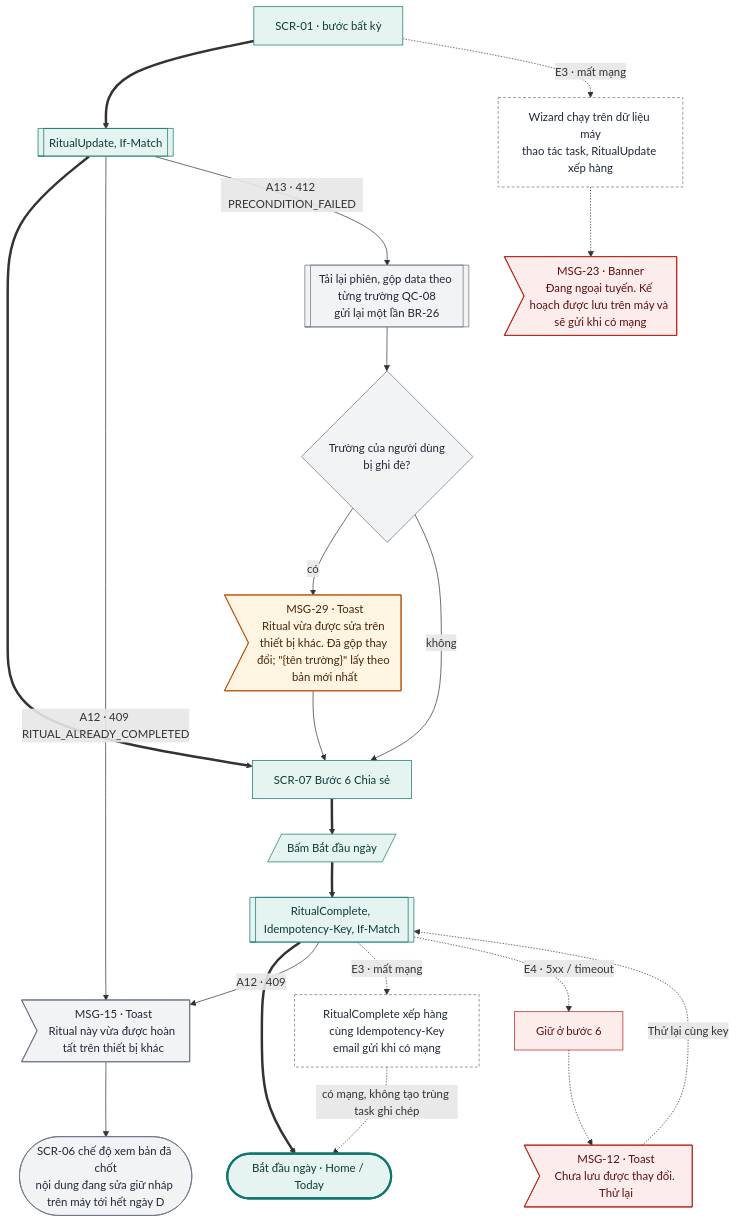
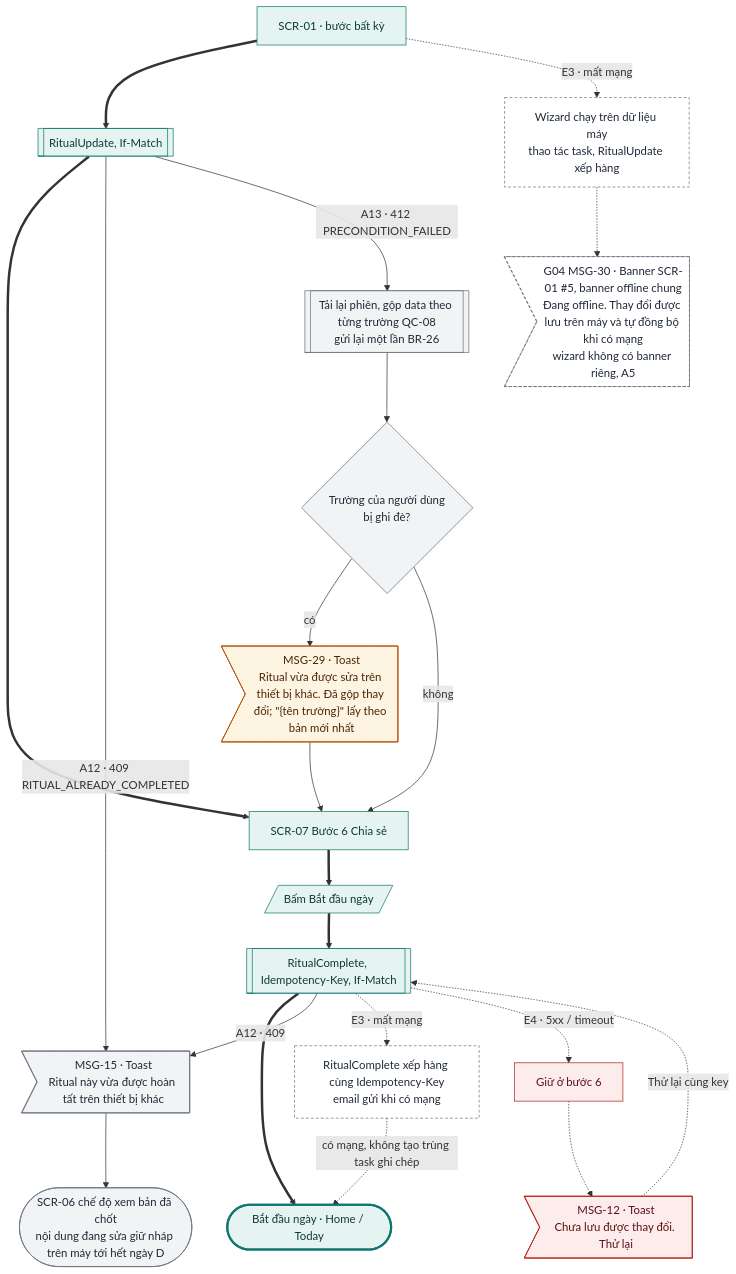
The sixth of 18 diagrams in docs/design-brief/flow/g08-daily-rituals.md (tannguyenho/personal-app), drawn with Mermaid before and after one commit. The commit also changed other lines of this file and 5 other files, not shown here.

First line of the commit message:
docs(G08, G12): áp quyết định PO 09/11 vào SRS, PRD, flow

````diff
--- a/docs/design-brief/flow/g08-daily-rituals.md
+++ b/docs/design-brief/flow/g08-daily-rituals.md
@@ -244,43 +251,43 @@
 ```mermaid
 flowchart TD
   s1["SCR-01 · bước bất kỳ"]
   pu[["RitualUpdate, If-Match"]]
   s6["SCR-07 Bước 6 Chia sẻ"]
   u7[/"Bấm Bắt đầu ngày"/]
   p7[["RitualComplete, Idempotency-Key, If-Match"]]
   ok(["Bắt đầu ngày · Home / Today"])
   s1 ==> pu ==> s6 ==> u7 ==> p7 ==> ok
 
   pu -->|"A12 · 409 RITUAL_ALREADY_COMPLETED"| a12m>"MSG-15 · Toast<br/>Ritual này vừa được hoàn tất trên thiết bị khác"]
   p7 -->|"A12 · 409"| a12m
   a12m --> a12(["SCR-06 chế độ xem bản đã chốt<br/>nội dung đang sửa giữ nháp trên máy tới hết ngày D"])
   pu -->|"A13 · 412 PRECONDITION_FAILED"| a13[["Tải lại phiên, gộp data theo từng trường QC-08<br/>gửi lại một lần BR-26"]]
   a13 --> d13{"Trường của người dùng<br/>bị ghi đè?"}
   d13 -->|"có"| a13m>"MSG-29 · Toast<br/>Ritual vừa được sửa trên thiết bị khác. Đã gộp thay đổi; #quot;{tên trường}#quot; lấy theo bản mới nhất"]
   d13 -->|"không"| s6
   a13m --> s6
 
   s1 -.->|"E3 · mất mạng"| e3["Wizard chạy trên dữ liệu máy<br/>thao tác task, RitualUpdate xếp hàng"]
-  e3 -.-> e3m>"MSG-23 · Banner<br/>Đang ngoại tuyến. Kế hoạch được lưu trên máy và sẽ gửi khi có mạng"]
+  e3 -.-> e3m>"G04 MSG-30 · Banner SCR-01 #5, banner offline chung<br/>Đang offline. Thay đổi được lưu trên máy và tự đồng bộ khi có mạng<br/>wizard không có banner riêng, A5"]
   p7 -.->|"E3 · mất mạng"| e3q["RitualComplete xếp hàng cùng Idempotency-Key<br/>email gửi khi có mạng"]
   e3q -.->|"có mạng, không tạo trùng task ghi chép"| ok
   p7 -.->|"E4 · 5xx / timeout"| e4["Giữ ở bước 6"]
   e4 -.-> e4m>"MSG-12 · Toast<br/>Chưa lưu được thay đổi. Thử lại"]
   e4m -.->|"Thử lại cùng key"| p7
 
   class s1,pu,s6,u7,p7 happy
   class a12m,a12,a13,d13 alt
   class a13m warn
-  class e3,e3q sync
-  class e3m,e4,e4m err
+  class e3,e3q,e3m sync
+  class e4,e4m err
   class ok done
   classDef happy fill:#E6F4F1,stroke:#0F766E,color:#0B3B36
   classDef alt fill:#F1F3F5,stroke:#6B7280,color:#1F2937
   classDef err fill:#FDECEC,stroke:#B42318,color:#5C1010
   classDef warn fill:#FEF4E2,stroke:#B45309,color:#4A2604
   classDef ai fill:#F1ECFD,stroke:#6D28D9,color:#2E1065
   classDef sync fill:#FFFFFF,stroke:#6B7280,stroke-dasharray:4 3,color:#1F2937
   classDef link fill:#FFFFFF,stroke:#0F766E,stroke-dasharray:4 3,color:#0B3B36
   classDef done fill:#E6F4F1,stroke:#0F766E,stroke-width:3px,color:#0B3B36
   classDef fail fill:#FDECEC,stroke:#B42318,stroke-width:3px,color:#5C1010
 ```
````
